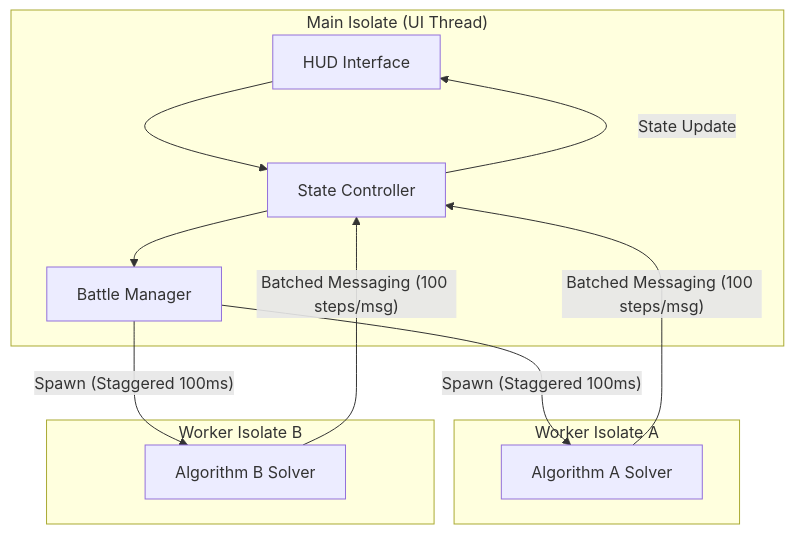
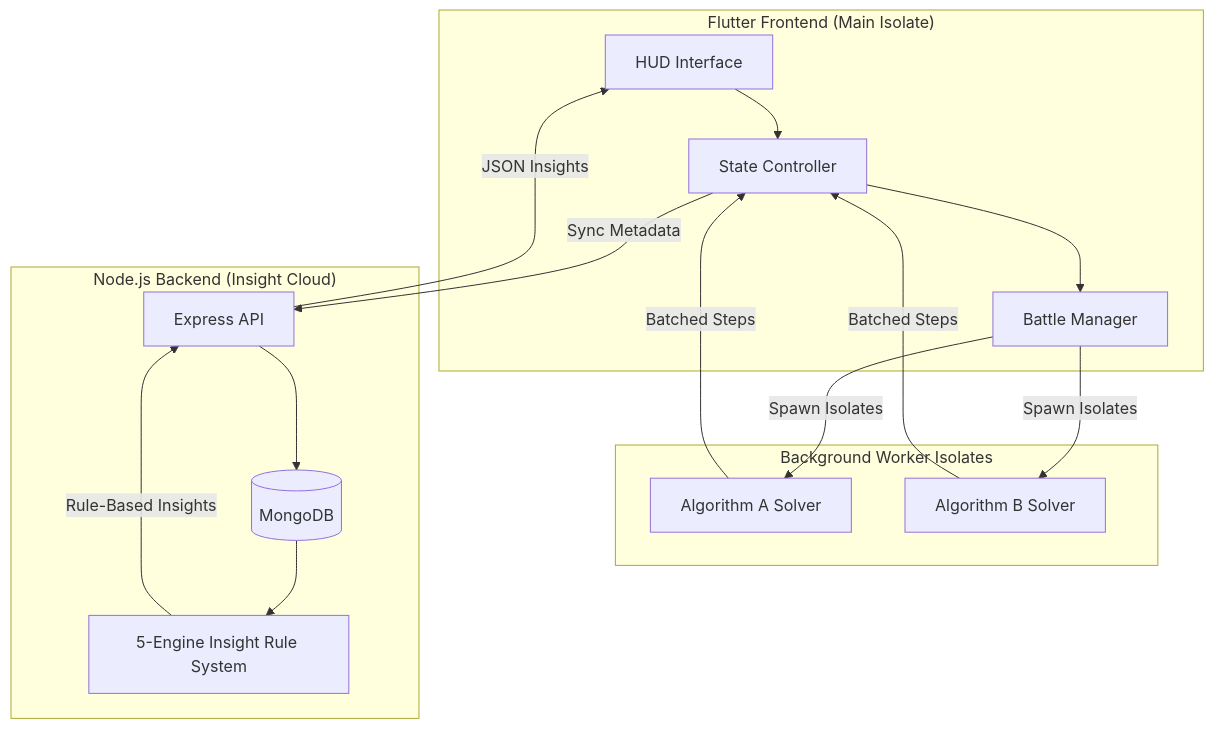
Before and after one commit to Rinav01/ai_algo_arena: the diagram in README.md, drawn with Mermaid. The commit also changed other lines of this file and 5 other files, not shown here.

Commit message:
feat: implement analytics system with insight cards, state provider, and overview screens

````diff
--- a/README.md
+++ b/README.md
@@ -40,25 +38,32 @@
 ```mermaid
 graph TD
-    subgraph "Main Isolate (UI Thread)"
+    subgraph "Flutter Frontend (Main Isolate)"
         UI[HUD Interface]
         SC[State Controller]
         BM[Battle Manager]
     end
 
-    subgraph "Worker Isolate A"
+    subgraph "Background Worker Isolates"
         ALGA[Algorithm A Solver]
+        ALGB[Algorithm B Solver]
     end
 
-    subgraph "Worker Isolate B"
-        ALGB[Algorithm B Solver]
+    subgraph "Node.js Backend (Insight Cloud)"
+        API[Express API]
+        IE[5-Engine Insight Rule System]
+        DB[(MongoDB)]
     end
 
     UI --> SC
     SC --> BM
-    BM -- "Spawn (Staggered 100ms)" --> ALGA
-    BM -- "Spawn (Staggered 100ms)" --> ALGB
+    BM -- "Spawn Isolates" --> ALGA
+    BM -- "Spawn Isolates" --> ALGB
     
-    ALGA -- "Batched Messaging (100 steps/msg)" --> SC
-    ALGB -- "Batched Messaging (100 steps/msg)" --> SC
-    SC -- "State Update" --> UI
+    ALGA -- "Batched Steps" --> SC
+    ALGB -- "Batched Steps" --> SC
+    SC -- "Sync Metadata" --> API
+    API --> DB
+    DB --> IE
+    IE -- "Rule-Based Insights" --> API
+    API -- "JSON Insights" --> UI
 ```
````
